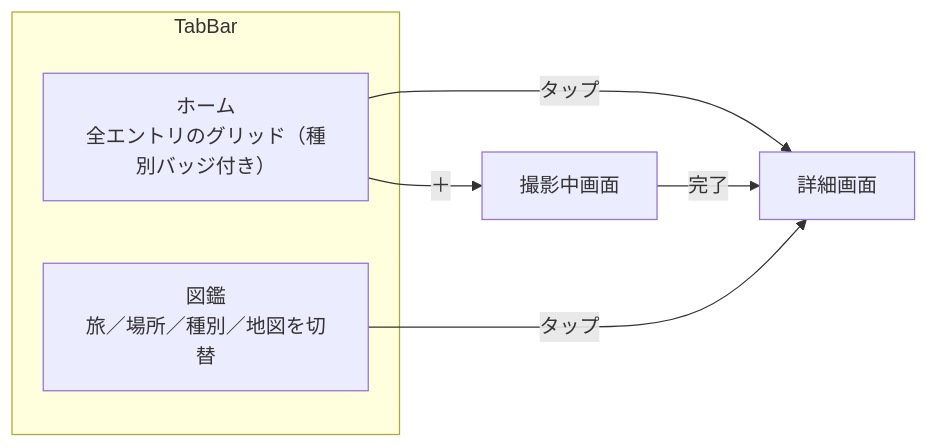
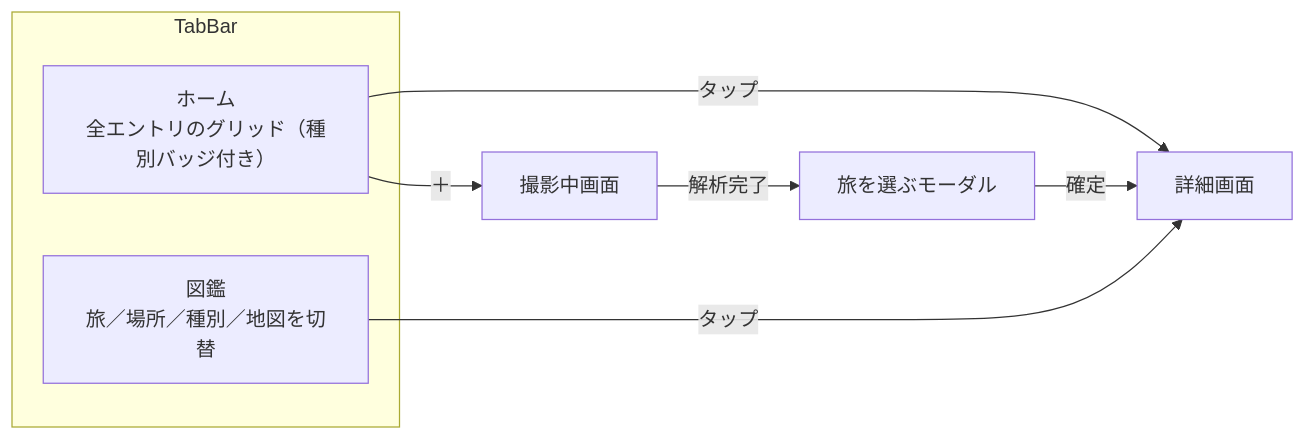
One commit to akidon0000/meguri changed the diagram in docs/superpowers/specs/2026-09-22-ui-redesign-design.md. Above: the diagram before and after it, drawn with Mermaid. The commit also changed other lines of this file, not shown here.

````diff
--- a/docs/superpowers/specs/2026-09-22-ui-redesign-design.md
+++ b/docs/superpowers/specs/2026-09-22-ui-redesign-design.md
@@ -23,11 +24,12 @@
 ```mermaid
 flowchart LR
     subgraph TabBar
       H["ホーム<br/>全エントリのグリッド（種別バッジ付き）"]
       Z["図鑑<br/>旅／場所／種別／地図を切替"]
     end
     H -->|タップ| D[詳細画面]
     Z -->|タップ| D
     H -->|＋| A[撮影中画面]
-    A -->|完了| D
+    A -->|解析完了| M["旅を選ぶモーダル"]
+    M -->|確定| D
 ```
````
